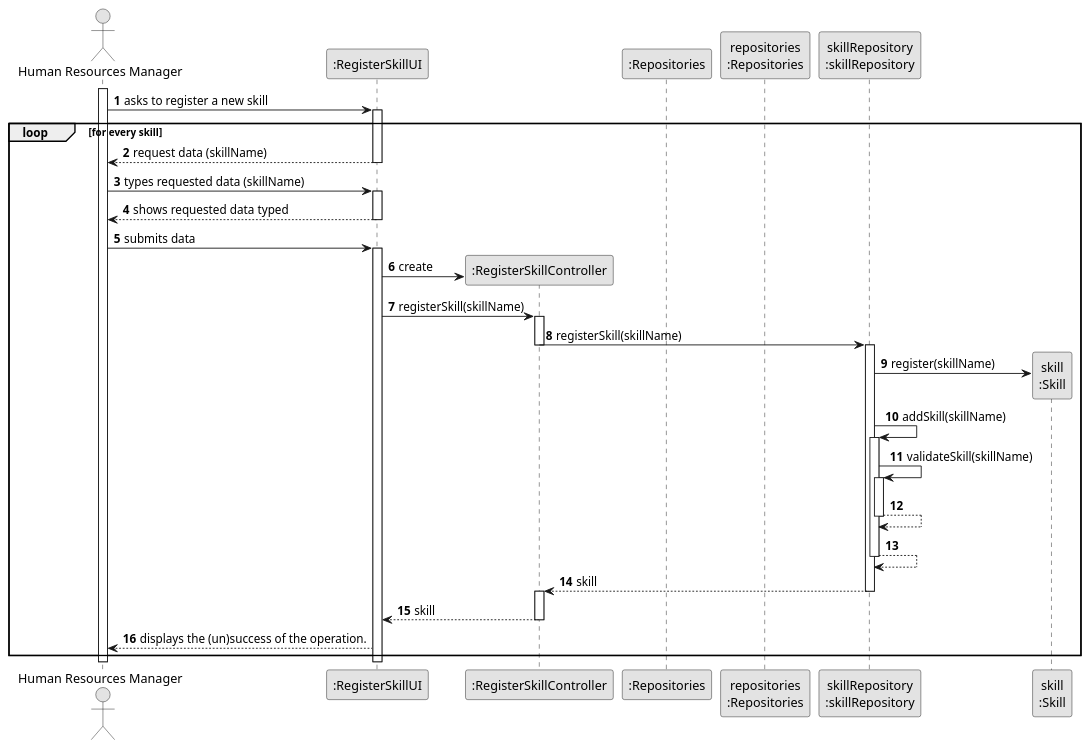
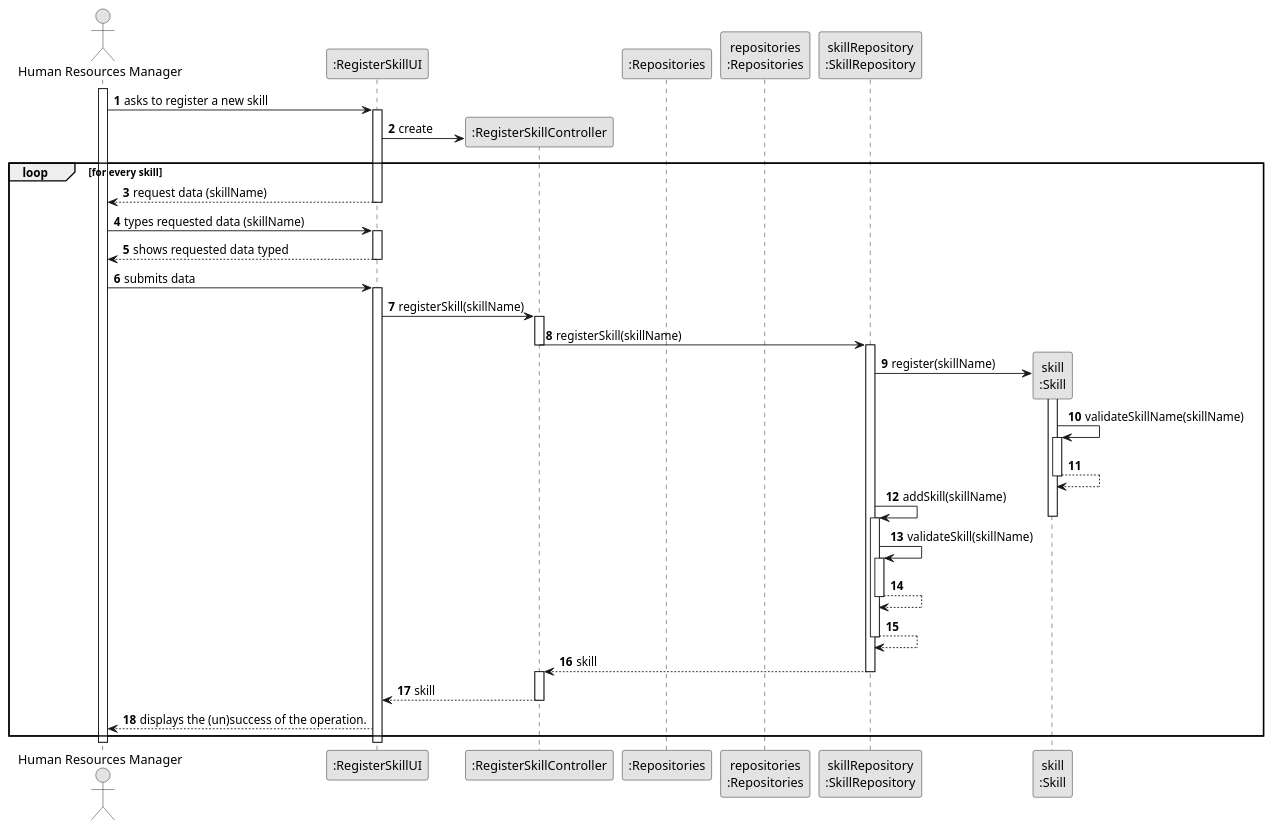
One commit to SAEmanuel/Green_Spaces_Management_ISEP changed the diagram in docs/sprintB/us001/03.design/puml/us001-sequence-diagram-full.puml. Above: the diagram before and after it, drawn with PlantUML. The commit also changed 1 other file, not shown here.

Commit message:
US001 - desing (class diagram) v2.0.0

```diff
--- a/docs/sprintB/us001/03.design/puml/us001-sequence-diagram-full.puml
+++ b/docs/sprintB/us001/03.design/puml/us001-sequence-diagram-full.puml
@@ -1,100 +1,115 @@
 @startuml
 skinparam monochrome true
 skinparam packageStyle rectangle
 skinparam shadowing false
 
 autonumber
 
 'hide footbox
 actor "Human Resources Manager" as HRM
 participant ":RegisterSkillUI" as UI
 participant ":RegisterSkillController" as CTRL
 participant ":Repositories" as RepositorySingleton
 participant "repositories\n:Repositories" as PLAT
-participant "skillRepository\n:skillRepository" as skillRepository
+participant "skillRepository\n:SkillRepository" as skillRepository
 participant "skill\n:Skill" as EMPREGO
 
 activate HRM
 
         HRM -> UI : asks to register a new skill
 
+
         activate UI
+
+        UI -> CTRL** : create
 
 
 '            UI -> CTRL : getSkillList()
 '            activate CTRL
 '
 '                CTRL -> RepositorySingleton : getInstance()
 '                activate RepositorySingleton
 '
 '                    RepositorySingleton --> CTRL: repositories
 '                deactivate RepositorySingleton
 '
 '                CTRL -> PLAT : getSkillRepository()
 '                activate PLAT
 '
 '                    PLAT --> CTRL: skillListRepository
 '                deactivate PLAT
 '
 '                CTRL -> skillRepository : getSkillList()
 '                activate skillRepository
 '
 '                    skillRepository --> CTRL : skillList
 '                deactivate skillRepository
 '
 '                CTRL --> UI : skillList
 '            deactivate CTRL
 
 '            UI --> HRM : show skill list
 loop for every skill
             UI --> HRM : request data (skillName)
         deactivate UI
 
 
     HRM -> UI : types requested data (skillName)
     activate UI
 
         UI --> HRM : shows requested data typed
         deactivate UI
 
         HRM -> UI : submits data
             activate UI
 
-            UI -> CTRL** : create
+
             UI -> CTRL : registerSkill(skillName)
             activate CTRL
 
 
                 CTRL -> skillRepository: registerSkill(skillName)
                 deactivate CTRL
                 activate skillRepository
 
 
 
                 skillRepository -> EMPREGO**: register(skillName)
 
+                activate EMPREGO
+
+                    EMPREGO -> EMPREGO : validateSkillName(skillName)
+                    activate EMPREGO
+                        EMPREGO --> EMPREGO
 
 
+
+
+
+
+
+
+                deactivate EMPREGO
                                     skillRepository -> skillRepository: addSkill(skillName)
-
+                deactivate EMPREGO
                                     activate skillRepository
                                         skillRepository -> skillRepository: validateSkill(skillName)
                                         activate skillRepository
                                             skillRepository --> skillRepository
                                         deactivate skillRepository
 
                                         skillRepository --> skillRepository
                                     deactivate skillRepository
 
                                     skillRepository --> CTRL : skill
                                     deactivate skillRepository
                                     activate CTRL
 
                 CTRL --> UI: skill
                 deactivate CTRL
                 UI --> HRM: displays the (un)success of the operation.
 end
         deactivate UI
     deactivate HRM
 
 @enduml
```
